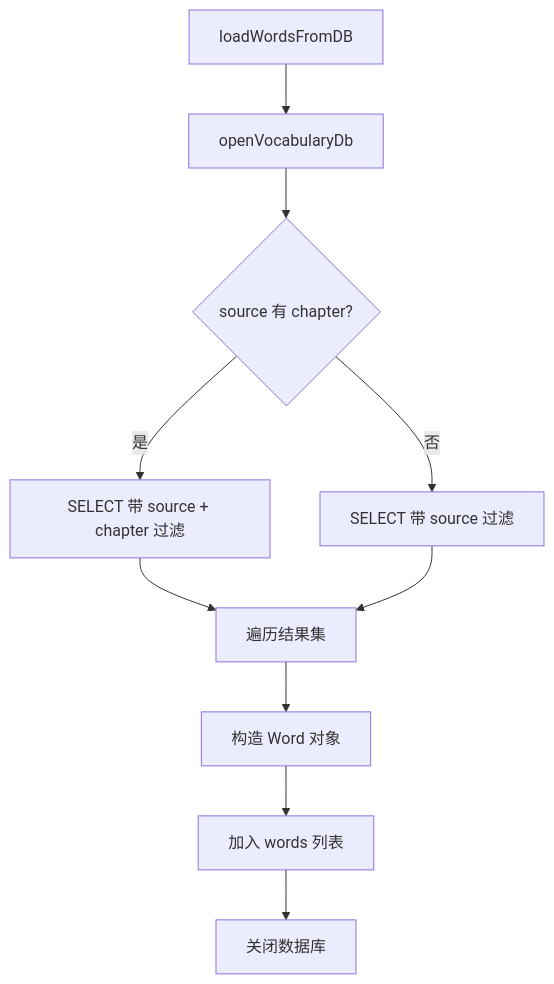
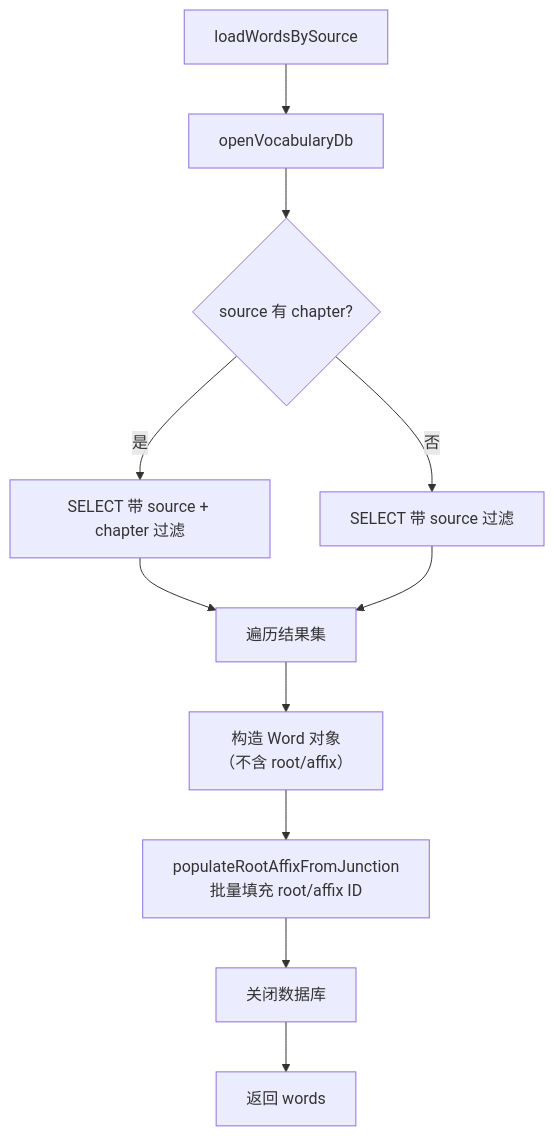
One commit to Mr-xiaotian/WordCardputer changed the first of 4 diagrams in docs/zh-CN/UtilsDb.md. Above: the diagram before and after it, drawn with Mermaid. The commit also changed other lines of this file and 23 other files, not shown here.

````diff
--- a/docs/zh-CN/UtilsDb.md
+++ b/docs/zh-CN/UtilsDb.md
@@ -138,11 +165,12 @@
 ```mermaid
 flowchart TD
-    A[loadWordsFromDB] --> B[openVocabularyDb]
+    A[loadWordsBySource] --> B[openVocabularyDb]
     B --> C{source 有 chapter?}
     C -->|是| D[SELECT 带 source + chapter 过滤]
     C -->|否| E[SELECT 带 source 过滤]
     D & E --> F[遍历结果集]
-    F --> G[构造 Word 对象]
-    G --> H[加入 words 列表]
+    F --> G[构造 Word 对象<br/>（不含 root/affix）]
+    G --> H[populateRootAffixFromJunction<br/>批量填充 root/affix ID]
     H --> I[关闭数据库]
+    I --> J[返回 words]
 ```
````
